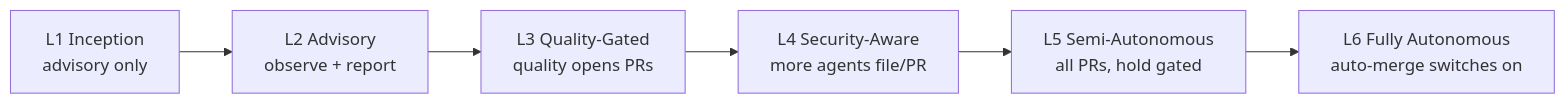
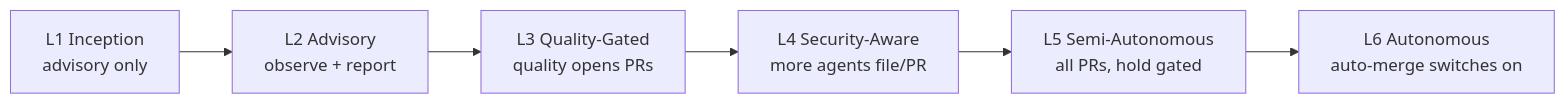
One commit to Danathar/hive changed the sixth of 10 diagrams in src/docs/architecture.md. Above: the diagram before and after it, drawn with Mermaid. The commit also changed other lines of this file and 55 other files, not shown here.

Commit message:
🌱 L6 is Autonomous, not Fully Autonomous (#14317)

````diff
--- a/src/docs/architecture.md
+++ b/src/docs/architecture.md
@@ -289,10 +289,10 @@
 ```mermaid
 flowchart LR
     L1["L1 Inception<br/>advisory only"]
     L2["L2 Advisory<br/>observe + report"]
     L3["L3 Quality-Gated<br/>quality opens PRs"]
     L4["L4 Security-Aware<br/>more agents file/PR"]
     L5["L5 Semi-Autonomous<br/>all PRs, hold gated"]
-    L6["L6 Fully Autonomous<br/>auto-merge switches on"]
+    L6["L6 Autonomous<br/>auto-merge switches on"]
     L1 --> L2 --> L3 --> L4 --> L5 --> L6
 ```
````
